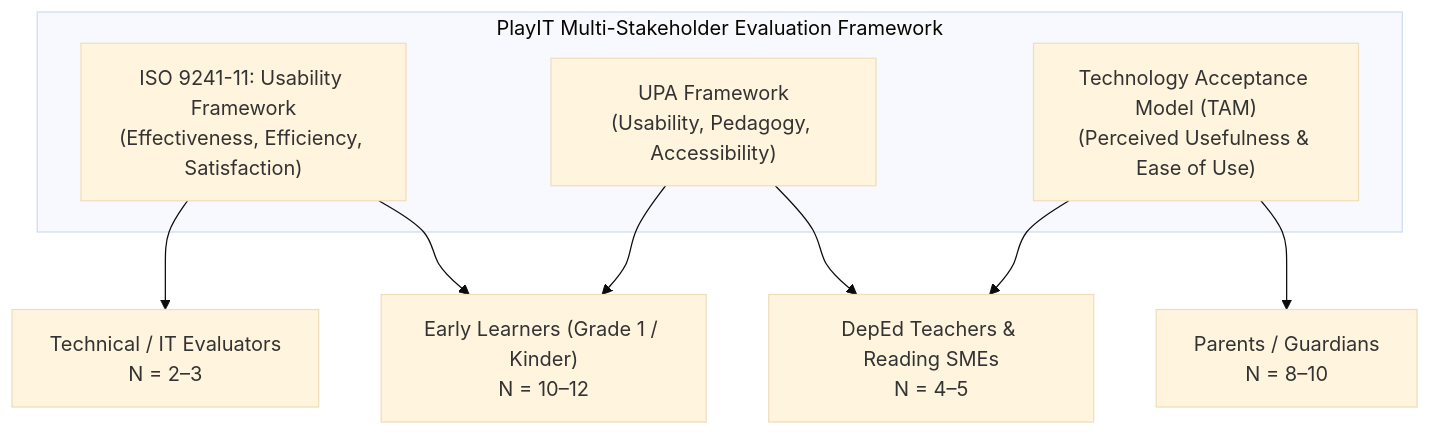
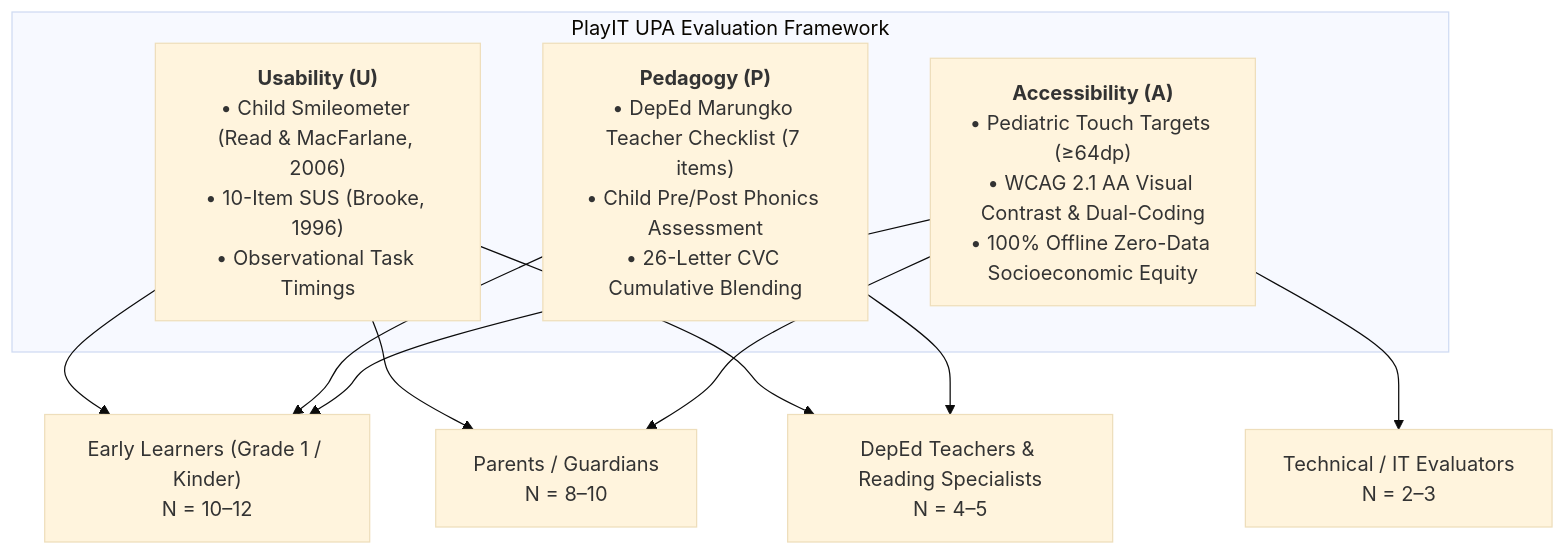
One commit to zendrix-hub/playIT-v2 changed the first of 2 diagrams in docs/validation-package/01_VALIDATION_FRAMEWORK_AND_SMART_MAPPING.md. Above: the diagram before and after it, drawn with Mermaid (base theme). The commit also changed other lines of this file and 432 other files, not shown here.

````diff
--- a/docs/validation-package/01_VALIDATION_FRAMEWORK_AND_SMART_MAPPING.md
+++ b/docs/validation-package/01_VALIDATION_FRAMEWORK_AND_SMART_MAPPING.md
@@ -30,20 +30,22 @@
 ```mermaid
 graph TD
-    subgraph MultiStakeholderFramework["PlayIT Multi-Stakeholder Evaluation Framework"]
-        ISO["ISO 9241-11: Usability Framework<br>(Effectiveness, Efficiency, Satisfaction)"]
-        UPA["UPA Framework<br>(Usability, Pedagogy, Accessibility)"]
-        TAM["Technology Acceptance Model (TAM)<br>(Perceived Usefulness & Ease of Use)"]
+    subgraph UPAFramework["PlayIT UPA Evaluation Framework"]
+        U["<b>Usability (U)</b><br>• Child Smileometer (Read & MacFarlane, 2006)<br>• 10-Item SUS (Brooke, 1996)<br>• Observational Task Timings"]
+        P["<b>Pedagogy (P)</b><br>• DepEd Marungko Teacher Checklist (7 items)<br>• Child Pre/Post Phonics Assessment<br>• 26-Letter CVC Cumulative Blending"]
+        A["<b>Accessibility (A)</b><br>• Pediatric Touch Targets (≥64dp)<br>• WCAG 2.1 AA Visual Contrast & Dual-Coding<br>• 100% Offline Zero-Data Socioeconomic Equity"]
     end
 
     EarlyLearner["Early Learners (Grade 1 / Kinder)<br>N = 10–12"]
     Parents["Parents / Guardians<br>N = 8–10"]
-    Teachers["DepEd Teachers & Reading SMEs<br>N = 4–5"]
+    Teachers["DepEd Teachers & Reading Specialists<br>N = 4–5"]
     TechReviewers["Technical / IT Evaluators<br>N = 2–3"]
 
-    ISO --> EarlyLearner
-    ISO --> TechReviewers
-    UPA --> Teachers
-    UPA --> EarlyLearner
-    TAM --> Parents
-    TAM --> Teachers
+    U --> EarlyLearner
+    U --> Parents
+    U --> Teachers
+    P --> Teachers
+    P --> EarlyLearner
+    A --> Parents
+    A --> EarlyLearner
+    A --> TechReviewers
 ```
````
